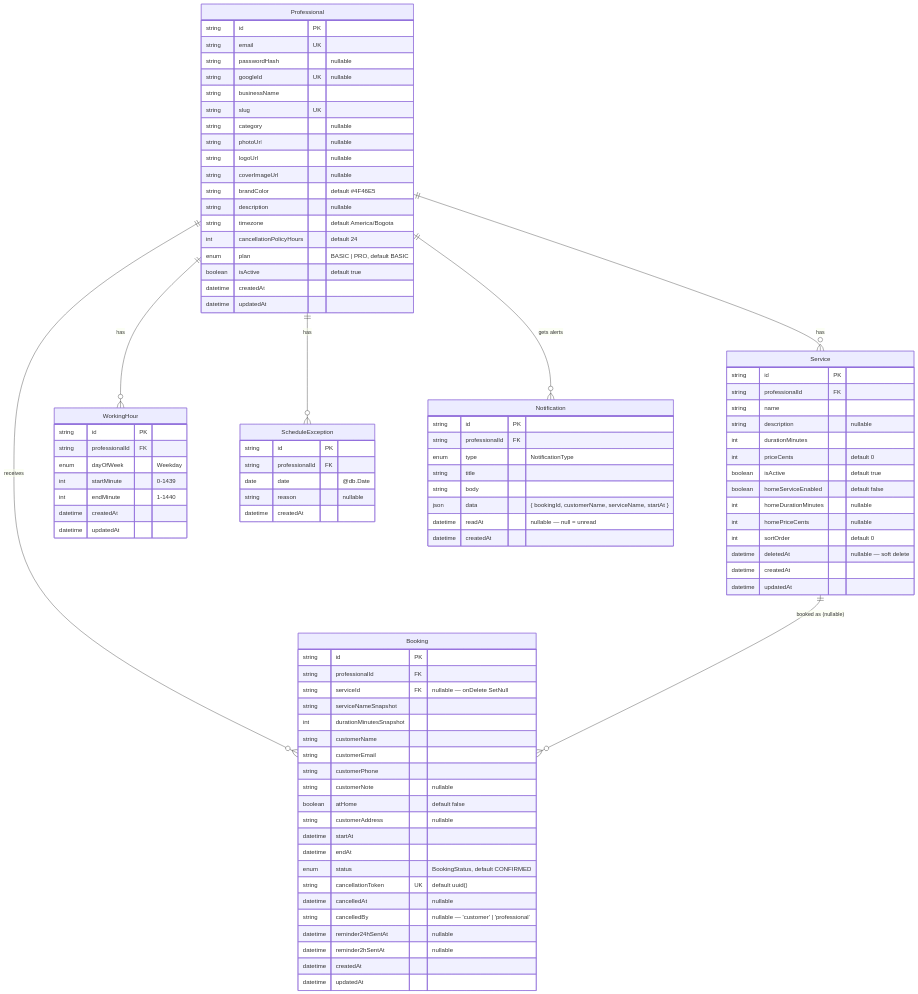
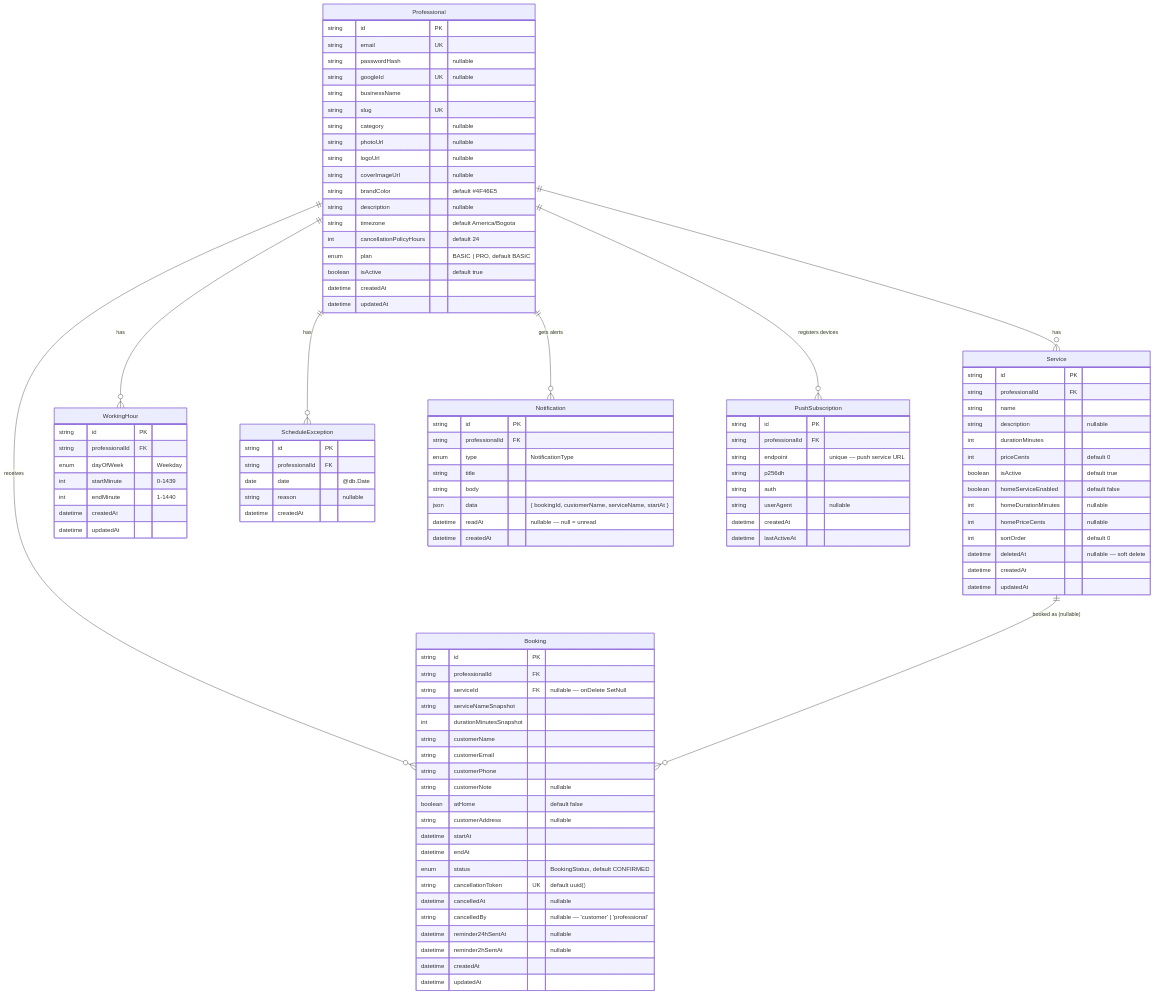
Before and after one commit to Emberalab/Agendya: the diagram in docs/src/content/docs/en/database/er-model.md, drawn with Mermaid. The commit also changed other lines of this file and 54 other files, not shown here.

````diff
--- a/docs/src/content/docs/en/database/er-model.md
+++ b/docs/src/content/docs/en/database/er-model.md
@@ -15,6 +15,7 @@
   Professional ||--o{ ScheduleException : "has"
   Professional ||--o{ Booking : "receives"
   Professional ||--o{ Notification : "gets alerts"
+  Professional ||--o{ PushSubscription : "registers devices"
   Service ||--o{ Booking : "booked as (nullable)"
 
   Professional {
@@ -107,4 +108,15 @@
     datetime readAt "nullable — null = unread"
     datetime createdAt
   }
+
+  PushSubscription {
+    string id PK
+    string professionalId FK
+    string endpoint "unique — push service URL"
+    string p256dh
+    string auth
+    string userAgent "nullable"
+    datetime createdAt
+    datetime lastActiveAt
+  }
 ```
````
